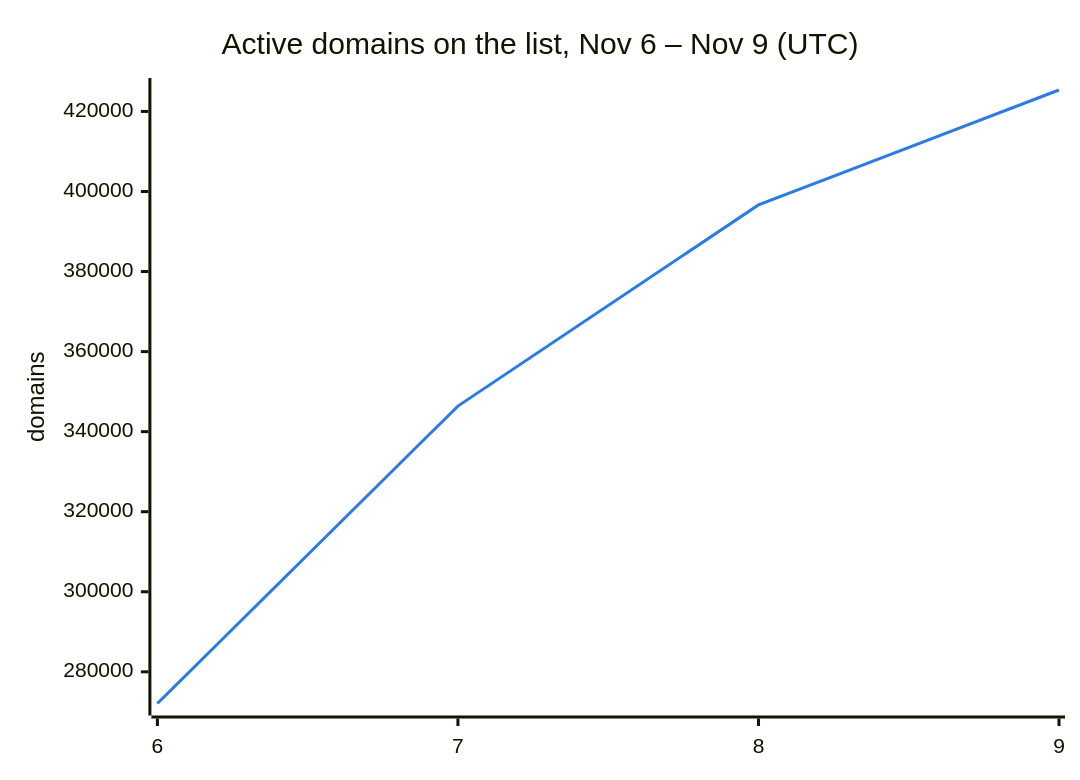
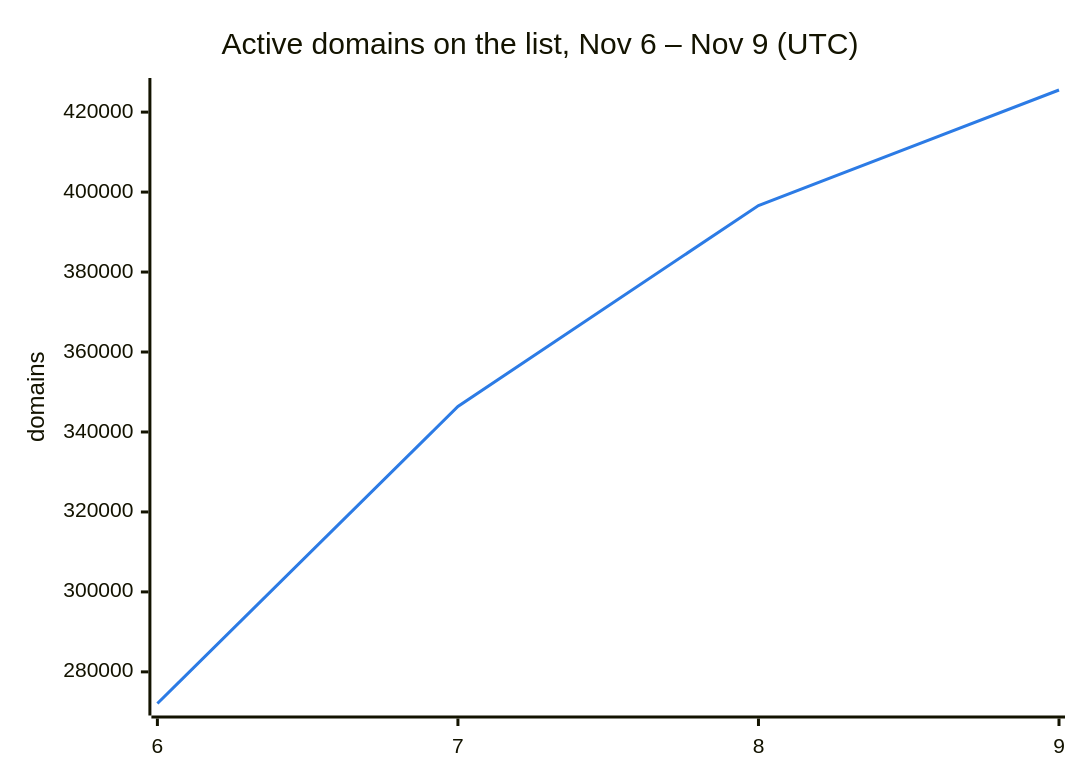
Before and after one commit to DNSBunker/CTI: the second of 3 diagrams in README.md, drawn with Mermaid. The commit also changed other lines of this file and 3 other files, not shown here.

````diff
--- a/README.md
+++ b/README.md
@@ -38,8 +38,8 @@
 ```mermaid
 %%{init: {"themeVariables": {"xyChart": {"plotColorPalette": "#2c7be5"}}}}%%
 xychart-beta
     title "Active domains on the list, Nov 6 – Nov 9 (UTC)"
     x-axis ["6", "7", "8", "9"]
     y-axis "domains"
-    line [272088, 346388, 396638, 425354]
+    line [272088, 346388, 396638, 425533]
 ```
````
